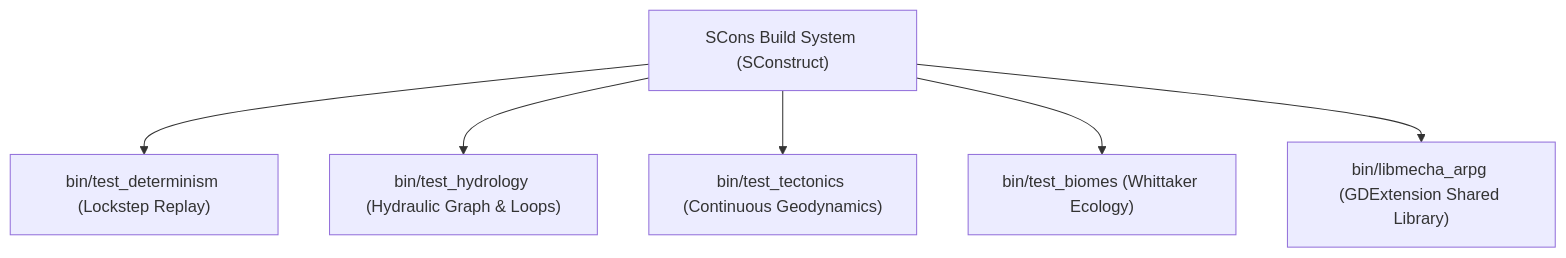
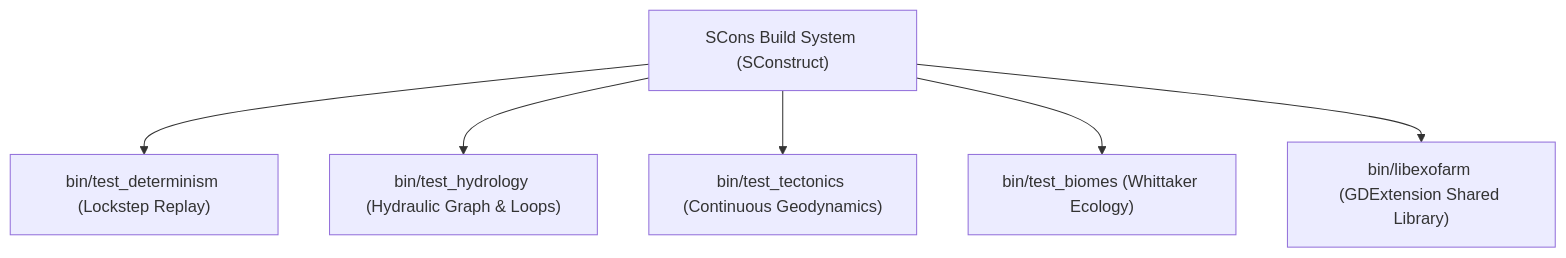
One commit to aaaaaakonma/Exofarm changed the diagram in docs/VERIFICATION_AND_TESTING.md. Above: the diagram before and after it, drawn with Mermaid. The commit also changed other lines of this file and 343 other files, not shown here.

````diff
--- a/docs/VERIFICATION_AND_TESTING.md
+++ b/docs/VERIFICATION_AND_TESTING.md
@@ -13,8 +13,8 @@
 ```mermaid
 flowchart TD
     A["SCons Build System (SConstruct)"] --> B["bin/test_determinism (Lockstep Replay)"]
     A --> C["bin/test_hydrology (Hydraulic Graph & Loops)"]
     A --> D["bin/test_tectonics (Continuous Geodynamics)"]
     A --> E["bin/test_biomes (Whittaker Ecology)"]
-    A --> F["bin/libmecha_arpg (GDExtension Shared Library)"]
+    A --> F["bin/libexofarm (GDExtension Shared Library)"]
 ```
````
